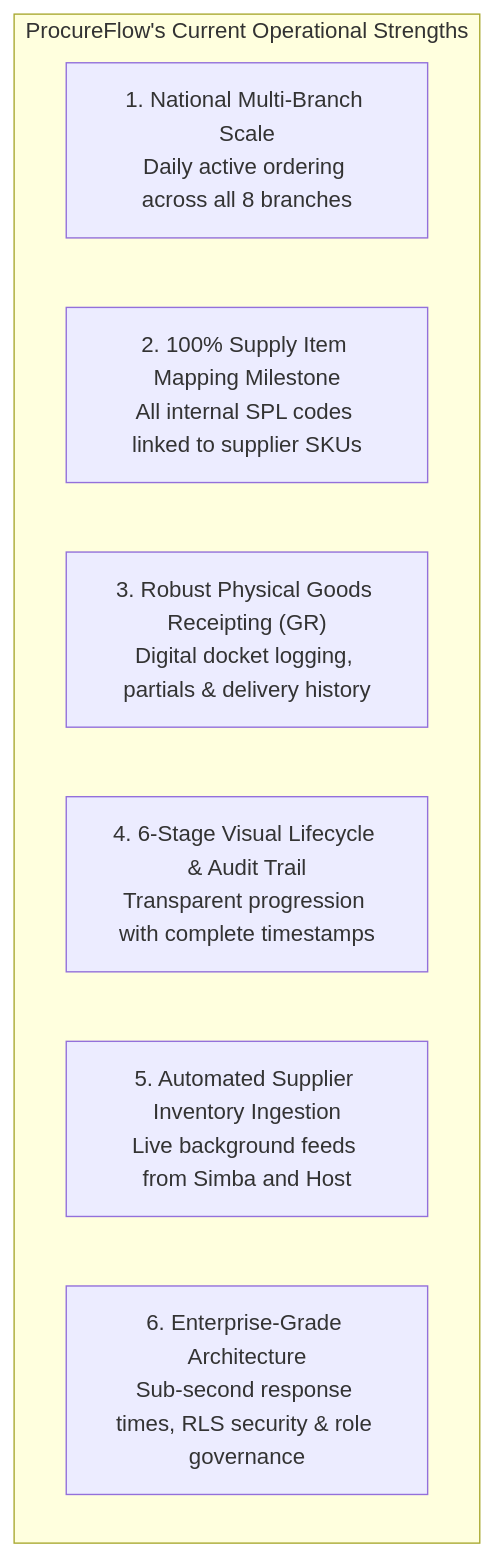
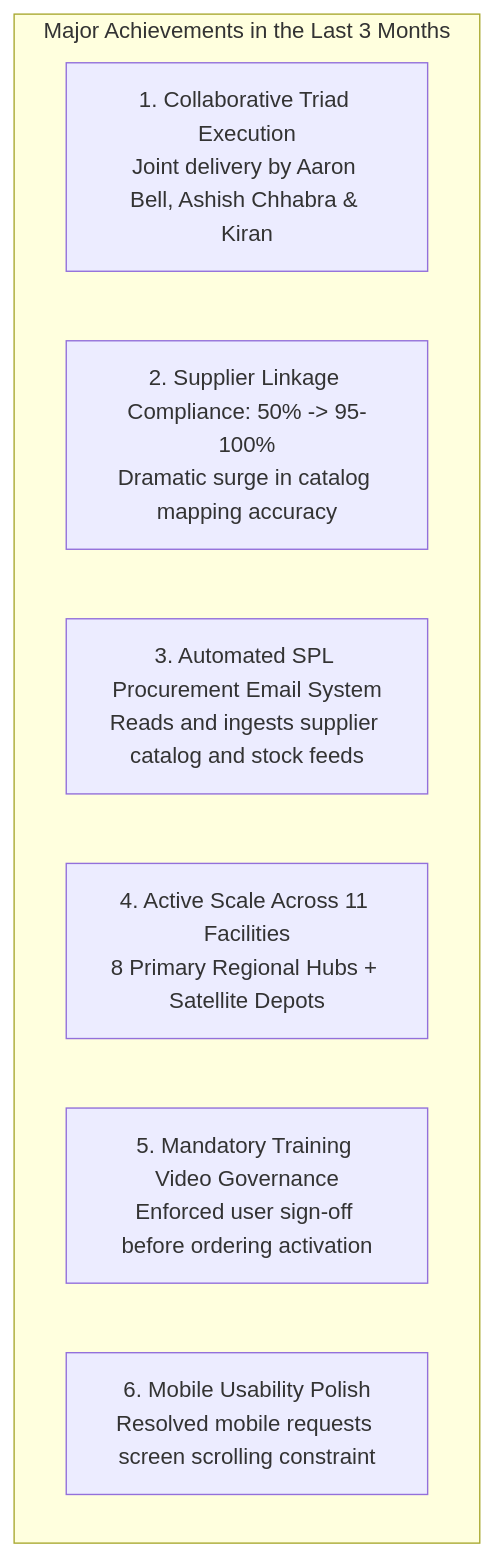
One commit to SPLGit-Project/ProcureFlow-App changed the second of 7 diagrams in docs/PROCUREFLOW_DEVELOPMENT_ACTION_PLAN.md. Above: the diagram before and after it, drawn with Mermaid. The commit also changed other lines of this file and 2 other files, not shown here.

Commit message:
feat(mobile): fix requests scrolling on mobile & update action plan and slides to v3.0 following 2pm review

````diff
--- a/docs/PROCUREFLOW_DEVELOPMENT_ACTION_PLAN.md
+++ b/docs/PROCUREFLOW_DEVELOPMENT_ACTION_PLAN.md
@@ -46,11 +56,11 @@
 ```mermaid
 flowchart TD
-    subgraph CorePillars ["ProcureFlow's Current Operational Strengths"]
-        P1["1. National Multi-Branch Scale<br/>Daily active ordering across all 8 branches"]
-        P2["2. 100% Supply Item Mapping Milestone<br/>All internal SPL codes linked to supplier SKUs"]
-        P3["3. Robust Physical Goods Receipting (GR)<br/>Digital docket logging, partials & delivery history"]
-        P4["4. 6-Stage Visual Lifecycle & Audit Trail<br/>Transparent progression with complete timestamps"]
-        P5["5. Automated Supplier Inventory Ingestion<br/>Live background feeds from Simba and Host"]
-        P6["6. Enterprise-Grade Architecture<br/>Sub-second response times, RLS security & role governance"]
+    subgraph ThreeMonthAchievements ["Major Achievements in the Last 3 Months"]
+        A1["1. Collaborative Triad Execution<br/>Joint delivery by Aaron Bell, Ashish Chhabra & Kiran"]
+        A2["2. Supplier Linkage Compliance: 50% -> 95-100%<br/>Dramatic surge in catalog mapping accuracy"]
+        A3["3. Automated SPL Procurement Email System<br/>Reads and ingests supplier catalog and stock feeds"]
+        A4["4. Active Scale Across 11 Facilities<br/>8 Primary Regional Hubs + Satellite Depots"]
+        A5["5. Mandatory Training Video Governance<br/>Enforced user sign-off before ordering activation"]
+        A6["6. Mobile Usability Polish<br/>Resolved mobile requests screen scrolling constraint"]
     end
 ```
````
